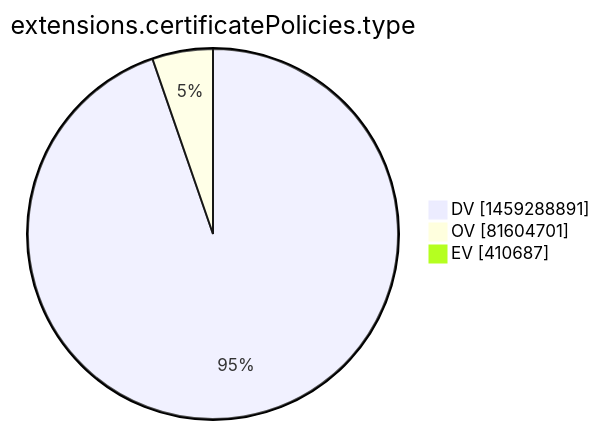
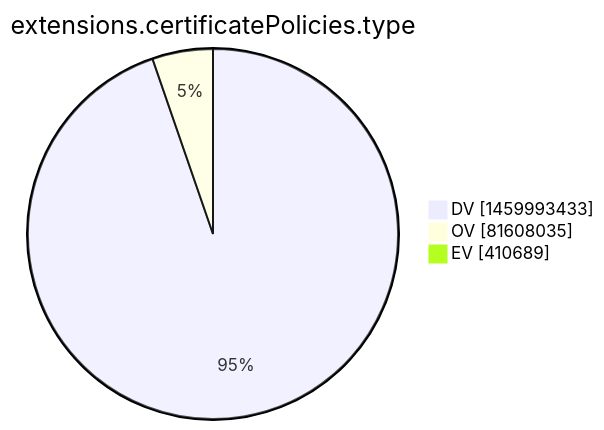
The tenth of 15 diagrams in xenon2022/README.md (christiankrug/ctmonitor_visualization), drawn with Mermaid before and after one commit. The commit also changed other lines of this file, not shown here.

````diff
--- a/xenon2022/README.md
+++ b/xenon2022/README.md
@@ -2870,7 +2870,7 @@
 ```mermaid
 pie showData
 title extensions.certificatePolicies.type
-"DV" :1459288891
-"OV" :81604701
-"EV" :410687
+"DV" :1459993433
+"OV" :81608035
+"EV" :410689
 ```
````
